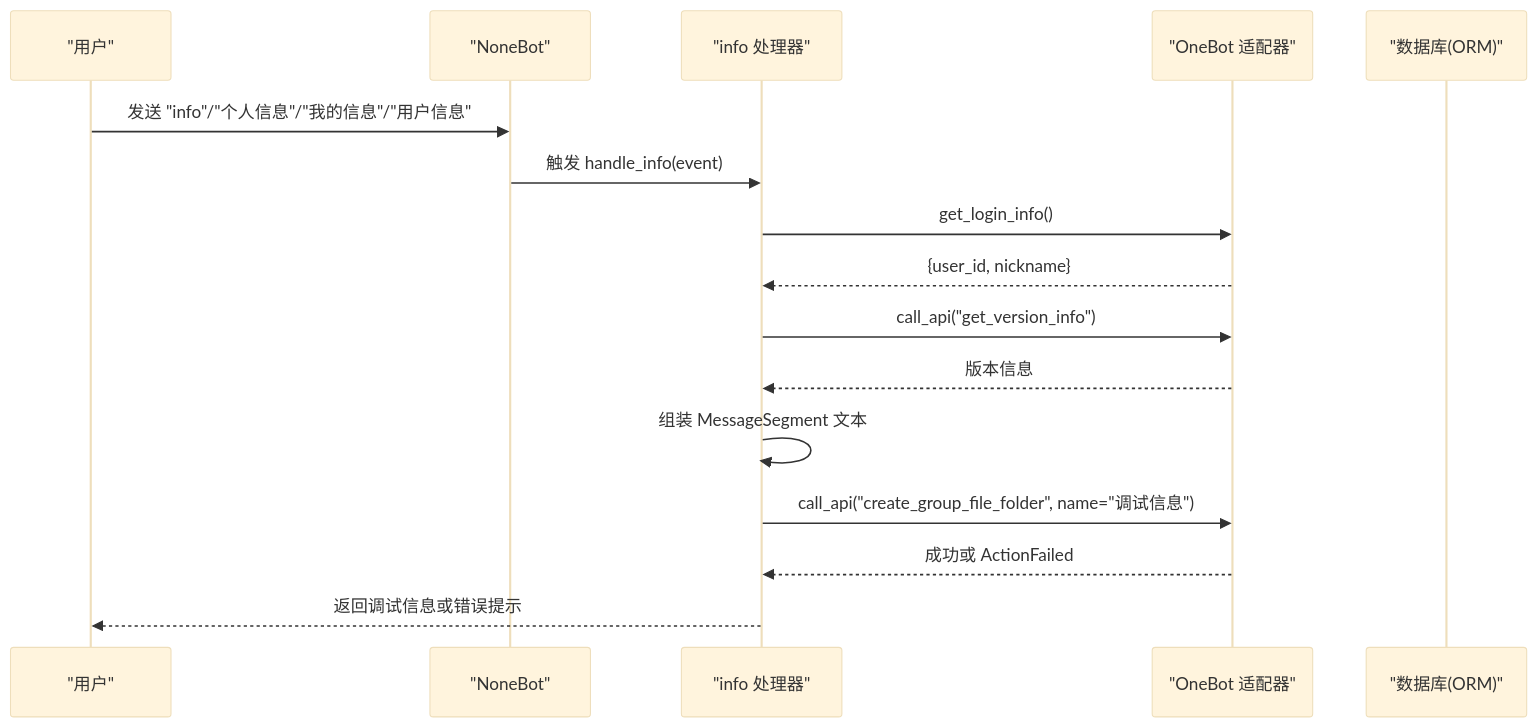
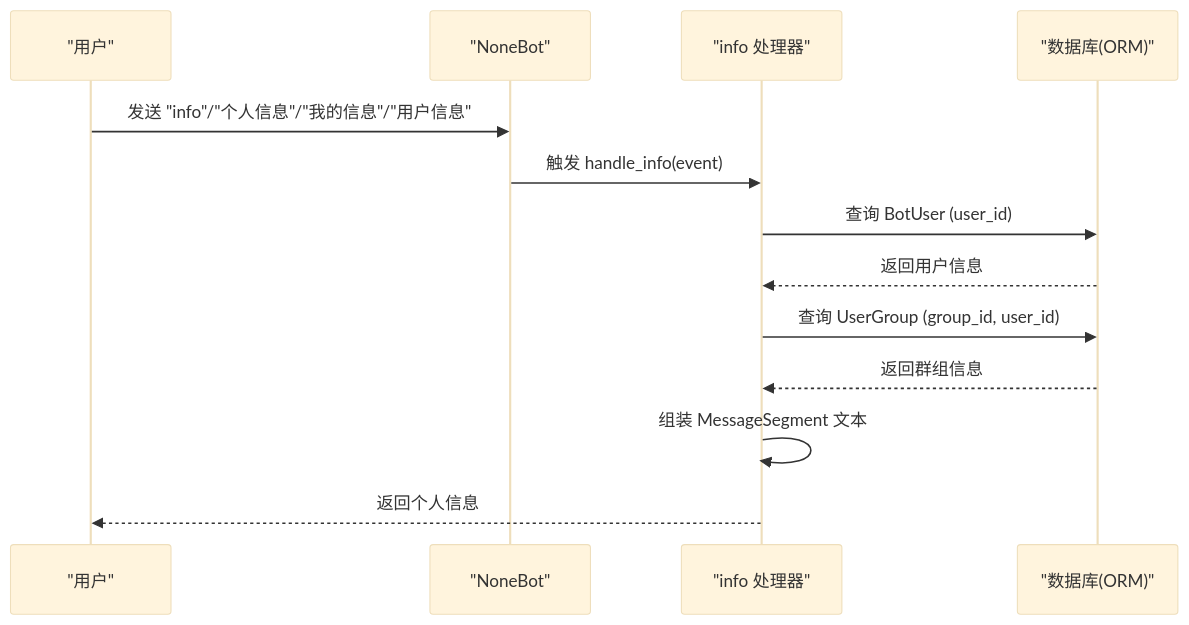
Before and after one commit to Wohaokunr/yawn_bot: the second of 6 diagrams in .qoder/repowiki/zh/content/核心功能模块/信息查询系统.md, drawn with Mermaid (base theme). The commit also changed other lines of this file and 13 other files, not shown here.

````diff
--- a/.qoder/repowiki/zh/content/核心功能模块/信息查询系统.md
+++ b/.qoder/repowiki/zh/content/核心功能模块/信息查询系统.md
@@ -90,18 +91,15 @@
 ```mermaid
 sequenceDiagram
 participant U as "用户"
 participant NB as "NoneBot"
 participant H as "info 处理器"
-participant OB as "OneBot 适配器"
 participant DB as "数据库(ORM)"
 U->>NB : 发送 "info"/"个人信息"/"我的信息"/"用户信息"
 NB->>H : 触发 handle_info(event)
-H->>OB : get_login_info()
-OB-->>H : {user_id, nickname}
-H->>OB : call_api("get_version_info")
-OB-->>H : 版本信息
+H->>DB : 查询 BotUser (user_id)
+DB-->>H : 返回用户信息
+H->>DB : 查询 UserGroup (group_id, user_id)
+DB-->>H : 返回群组信息
 H->>H : 组装 MessageSegment 文本
-H->>OB : call_api("create_group_file_folder", name="调试信息")
-OB-->>H : 成功或 ActionFailed
-H-->>U : 返回调试信息或错误提示
+H-->>U : 返回个人信息
 ```
````
